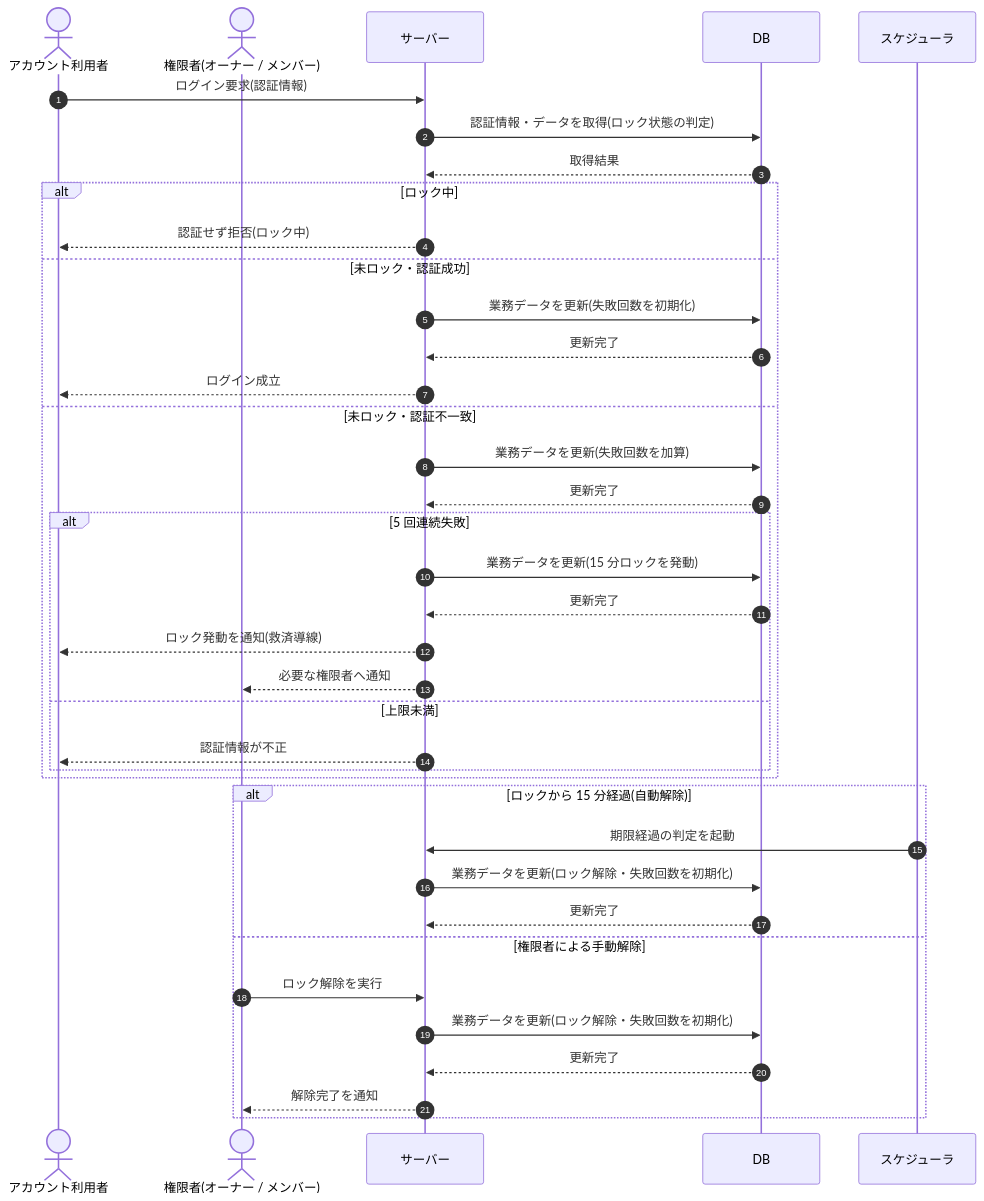
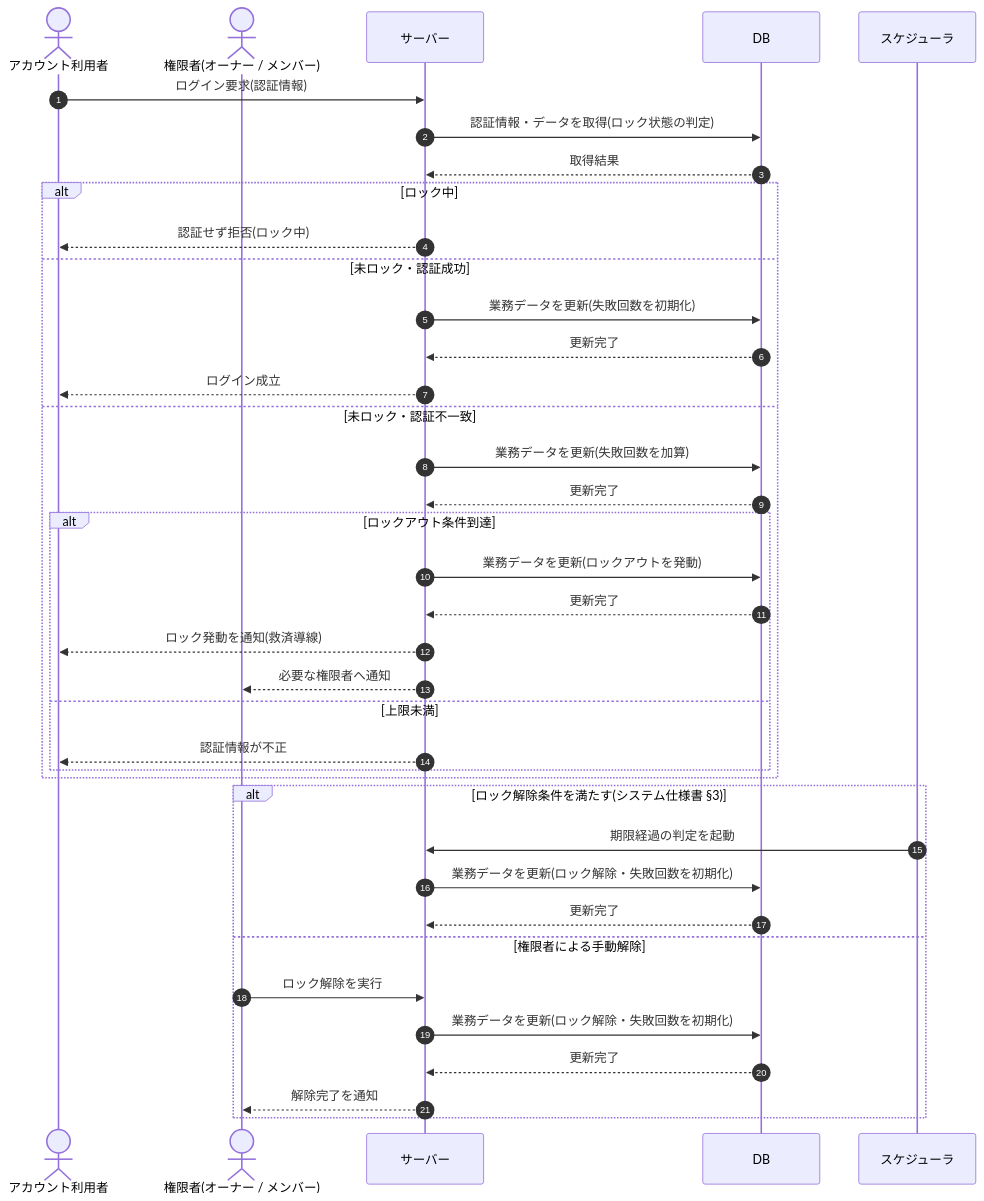
Before and after one commit to sikakou54/open-faq: the diagram in 02_basic_design/03_sequences/SEQ-100.md, drawn with Mermaid. The commit also changed other lines of this file and 446 other files, not shown here.

````diff
--- a/02_basic_design/03_sequences/SEQ-100.md
+++ b/02_basic_design/03_sequences/SEQ-100.md
@@ -25,40 +15,40 @@
 ```mermaid
 sequenceDiagram
   autonumber
   actor U as アカウント利用者
   actor M as 権限者(オーナー / メンバー)
   participant Server as サーバー
   participant DB as DB
   participant SCH as スケジューラ
   U->>Server: ログイン要求(認証情報)
   Server->>DB: 認証情報・データを取得(ロック状態の判定)
   DB-->>Server: 取得結果
   alt ロック中
     Server-->>U: 認証せず拒否(ロック中)
   else 未ロック・認証成功
     Server->>DB: 業務データを更新(失敗回数を初期化)
     DB-->>Server: 更新完了
     Server-->>U: ログイン成立
   else 未ロック・認証不一致
     Server->>DB: 業務データを更新(失敗回数を加算)
     DB-->>Server: 更新完了
-    alt 5 回連続失敗
-      Server->>DB: 業務データを更新(15 分ロックを発動)
+    alt ロックアウト条件到達
+      Server->>DB: 業務データを更新(ロックアウトを発動)
       DB-->>Server: 更新完了
       Server-->>U: ロック発動を通知(救済導線)
       Server-->>M: 必要な権限者へ通知
     else 上限未満
       Server-->>U: 認証情報が不正
     end
   end
-  alt ロックから 15 分経過(自動解除)
+  alt ロック解除条件を満たす(システム仕様書 §3)
     SCH->>Server: 期限経過の判定を起動
     Server->>DB: 業務データを更新(ロック解除・失敗回数を初期化)
     DB-->>Server: 更新完了
   else 権限者による手動解除
     M->>Server: ロック解除を実行
     Server->>DB: 業務データを更新(ロック解除・失敗回数を初期化)
     DB-->>Server: 更新完了
     Server-->>M: 解除完了を通知
   end
 ```
````
